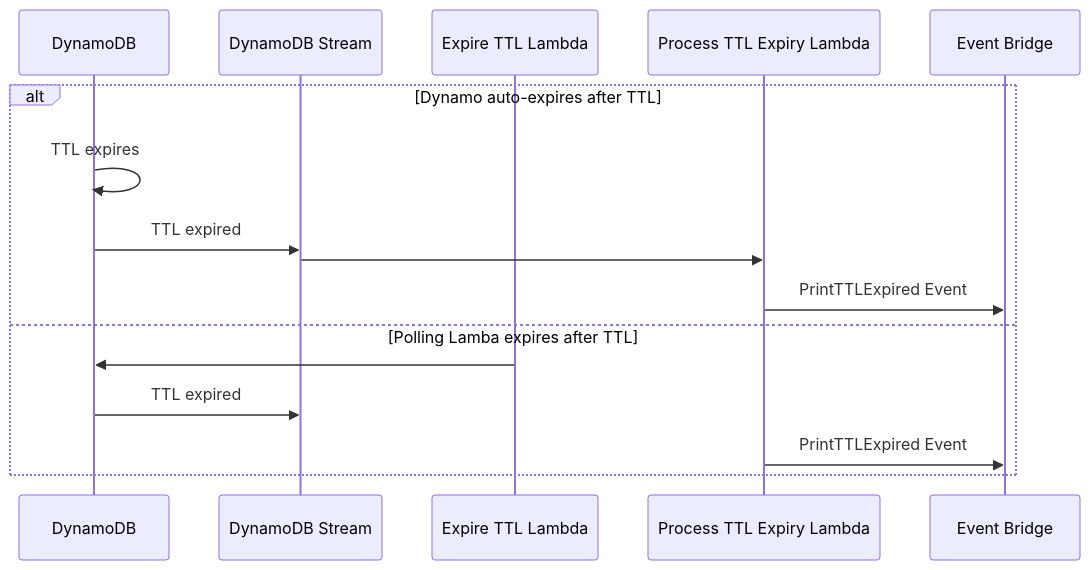
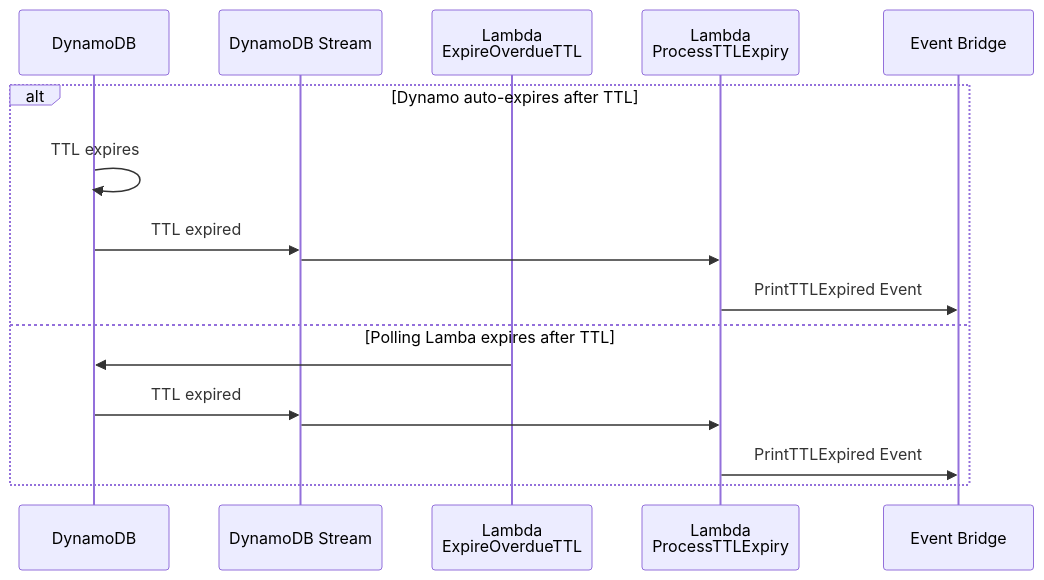
The diagram in docs/diagrams/expire-print-ttl-sequence.md (RossBugginsNHS/nhs-notify-digital-letters), drawn with Mermaid before and after one commit. The commit also changed 2 other files, not shown here.

Commit message:
CCM-12607: Updated TTL diagrams (#41)

````diff
--- a/docs/diagrams/expire-print-ttl-sequence.md
+++ b/docs/diagrams/expire-print-ttl-sequence.md
@@ -14,19 +14,20 @@
 ```mermaid
 sequenceDiagram
   participant dynamo as DynamoDB
   participant stream as DynamoDB Stream
-  participant expireTTL as Expire TTL Lambda
-  participant processTTLExpiry as Process TTL Expiry Lambda
+  participant expireTTL as Lambda<br/>ExpireOverdueTTL
+  participant processTTLExpiry as Lambda<br/>ProcessTTLExpiry
   participant eb as Event Bridge
 
   alt Dynamo auto-expires after TTL
     dynamo ->> dynamo: TTL expires
     dynamo ->> stream: TTL expired
     stream ->> processTTLExpiry:
     processTTLExpiry ->> eb: PrintTTLExpired Event
   else Polling Lamba expires after TTL
     expireTTL ->> dynamo:
     dynamo ->> stream: TTL expired
+    stream ->> processTTLExpiry:
     processTTLExpiry ->> eb: PrintTTLExpired Event
   end
 ```
````
